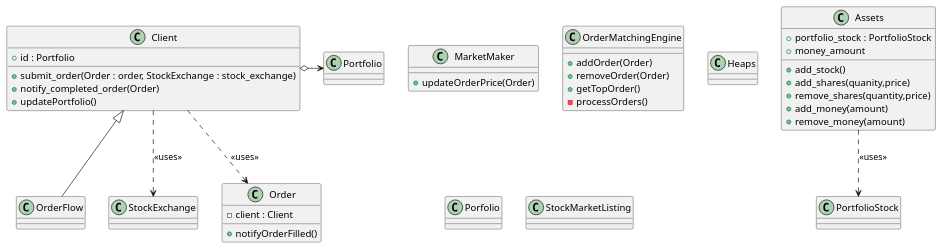
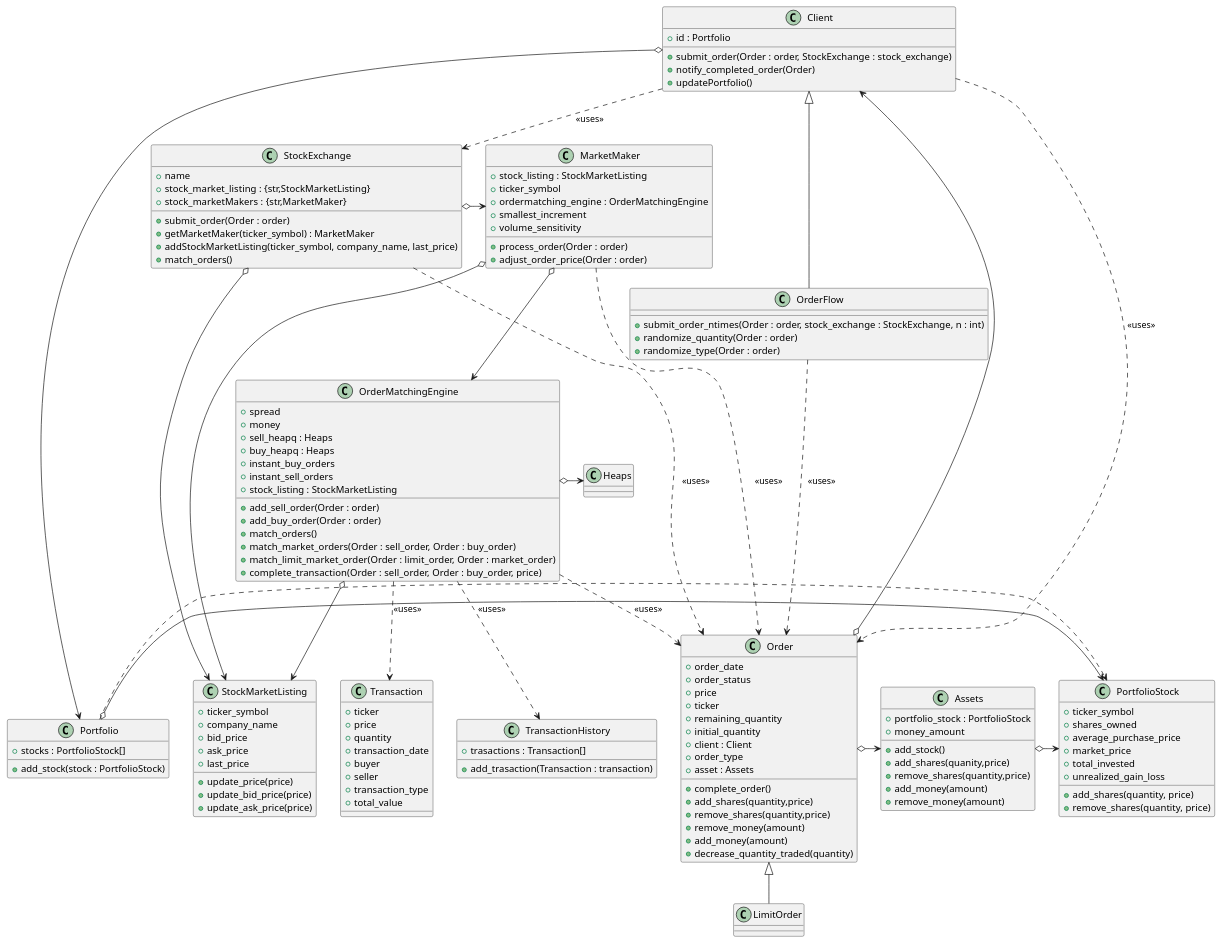
One commit to oli3161/TradingSystem changed the diagram in trading/diagrams/exchange_logic.plantuml. Above: the diagram before and after it, drawn with PlantUML. The commit also changed 3 other files, not shown here.

Commit message:
Ajout uml diagram

```diff
--- a/trading/diagrams/exchange_logic.plantuml
+++ b/trading/diagrams/exchange_logic.plantuml
@@ -1,75 +1,172 @@
 @startuml exchange_logic
 
 class Client{
     + id : Portfolio
     +submit_order(Order : order, StockExchange : stock_exchange)
     +notify_completed_order(Order)
     +updatePortfolio()
 }
 
 class MarketMaker{
-+updateOrderPrice(Order)
+    + stock_listing : StockMarketListing
+    + ticker_symbol
+    + ordermatching_engine : OrderMatchingEngine
+    + smallest_increment
+    + volume_sensitivity 
+    + process_order(Order : order)
+    + adjust_order_price(Order : order)
 }
 
 class OrderFlow extends Client{
-
+    + submit_order_ntimes(Order : order, stock_exchange : StockExchange, n : int)
+    + randomize_quantity(Order : order)
+    + randomize_type(Order : order)
 }
 
 
 
 class OrderMatchingEngine{
-    +addOrder(Order)
-    +removeOrder(Order)
-    +getTopOrder()
-    -processOrders()
+    + spread
+    + money
+    + sell_heapq : Heaps
+    + buy_heapq : Heaps
+    + instant_buy_orders
+    + instant_sell_orders 
+    + stock_listing : StockMarketListing
+    + add_sell_order(Order : order)
+    + add_buy_order(Order : order)
+    + match_orders()
+    + match_market_orders(Order : sell_order, Order : buy_order)
+    + match_limit_market_order(Order : limit_order, Order : market_order)
+    + complete_transaction(Order : sell_order, Order : buy_order, price)
+
 }
 
 class Assets{
     + portfolio_stock : PortfolioStock
     + money_amount 
     + add_stock()
     + add_shares(quanity,price)
     + remove_shares(quantity,price)
     + add_money(amount)
     + remove_money(amount)
 }
 
 class Heaps{
     
 }
 
+class LimitOrder extends Order{
+
+}
+
 
 
 class PortfolioStock{
-}
-
-class Porfolio{
+    + ticker_symbol
+    + shares_owned
+    + average_purchase_price
+    + market_price
+    + total_invested
+    + unrealized_gain_loss
+    + add_shares(quantity, price)
+    + remove_shares(quantity, price)
 
 }
 
+class Portfolio{
+    + stocks : PortfolioStock[]
+    + add_stock(stock : PortfolioStock)
+}
+
 class StockExchange{
-
+    + name 
+    + stock_market_listing : {str,StockMarketListing}
+    + stock_marketMakers : {str,MarketMaker}
+    + submit_order(Order : order)
+    + getMarketMaker(ticker_symbol) : MarketMaker
+    + addStockMarketListing(ticker_symbol, company_name, last_price)
+    + match_orders()
 }
 
 class StockMarketListing{
-    
+    + ticker_symbol
+    + company_name
+    + bid_price
+    + ask_price
+    + last_price
+    + update_price(price)
+    + update_bid_price(price)
+    + update_ask_price(price)
+}
+
+class Transaction{
+    + ticker
+    + price 
+    + quantity
+    + transaction_date
+    + buyer 
+    + seller 
+    + transaction_type
+    + total_value 
+}
+
+class TransactionHistory{
+    + trasactions : Transaction[]
+    + add_trasaction(Transaction : transaction)
 }
 
 
 
 class Order{
-    -client : Client
-    +notifyOrderFilled()
+    + order_date
+    + order_status
+    + price
+    + ticker
+    + remaining_quantity
+    + initial_quantity
+    + client : Client
+    + order_type 
+    + asset : Assets 
+    + complete_order()
+    + add_shares(quantity,price)
+    + remove_shares(quantity,price)
+    + remove_money(amount)
+    + add_money(amount)
+    + decrease_quantity_traded(quantity)
 
 }
 
 
 
-Assets ..> PortfolioStock : <<uses>> 
+Assets o-> PortfolioStock 
+
 Client ..> StockExchange : <<uses>>
 Client ..> Order : <<uses>>
 Client o-> Portfolio
 
+MarketMaker o--> OrderMatchingEngine
+MarketMaker o-> StockMarketListing
+MarketMaker ..> Order : <<uses>>
+
+OrderFlow ..> Order : <<uses>>
+
+OrderMatchingEngine o-> Heaps
+OrderMatchingEngine o--> StockMarketListing
+OrderMatchingEngine ..> Order : <<uses>>
+OrderMatchingEngine ..> Transaction : <<uses>> 
+OrderMatchingEngine ..> TransactionHistory : <<uses>>
+
+Order o-> Client
+Order o-> Assets
+
+Portfolio o-> PortfolioStock
+Portfolio ..> PortfolioStock
+
+StockExchange o-> StockMarketListing
+StockExchange o-> MarketMaker
+StockExchange ..> Order : <<uses>>
+
 
 
 @enduml
```
